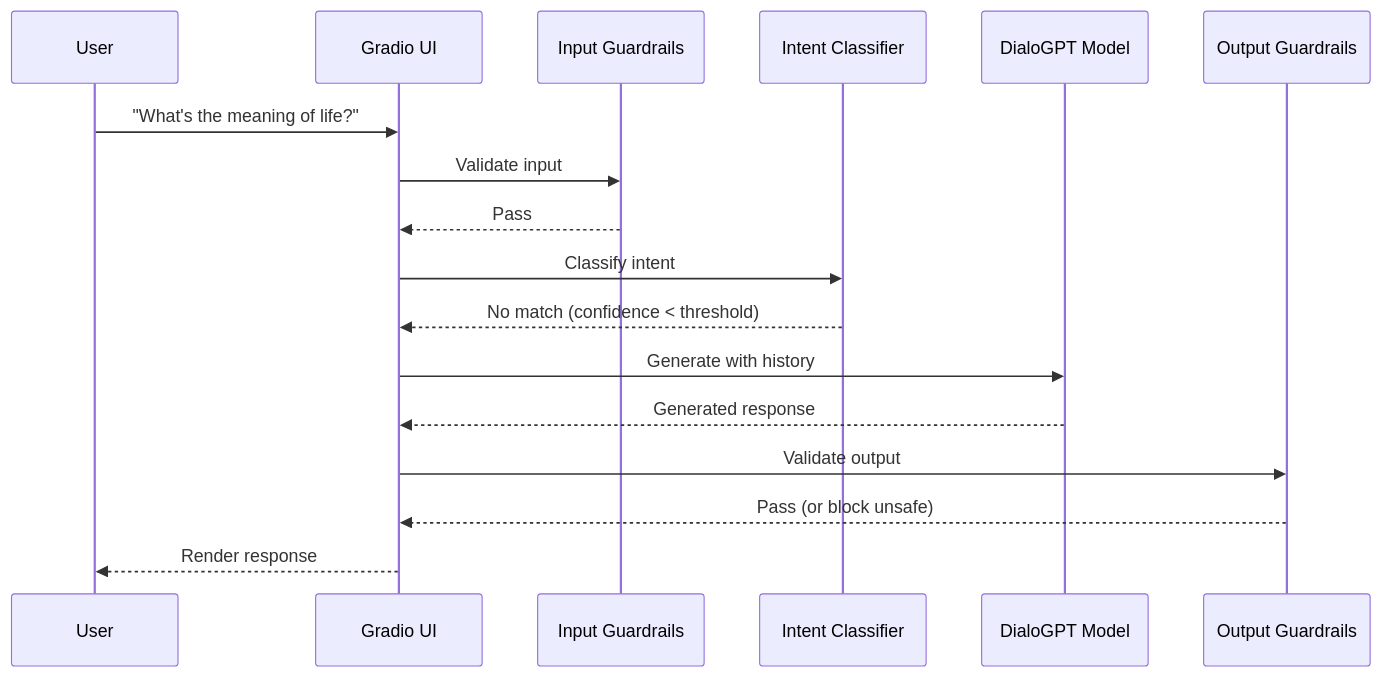
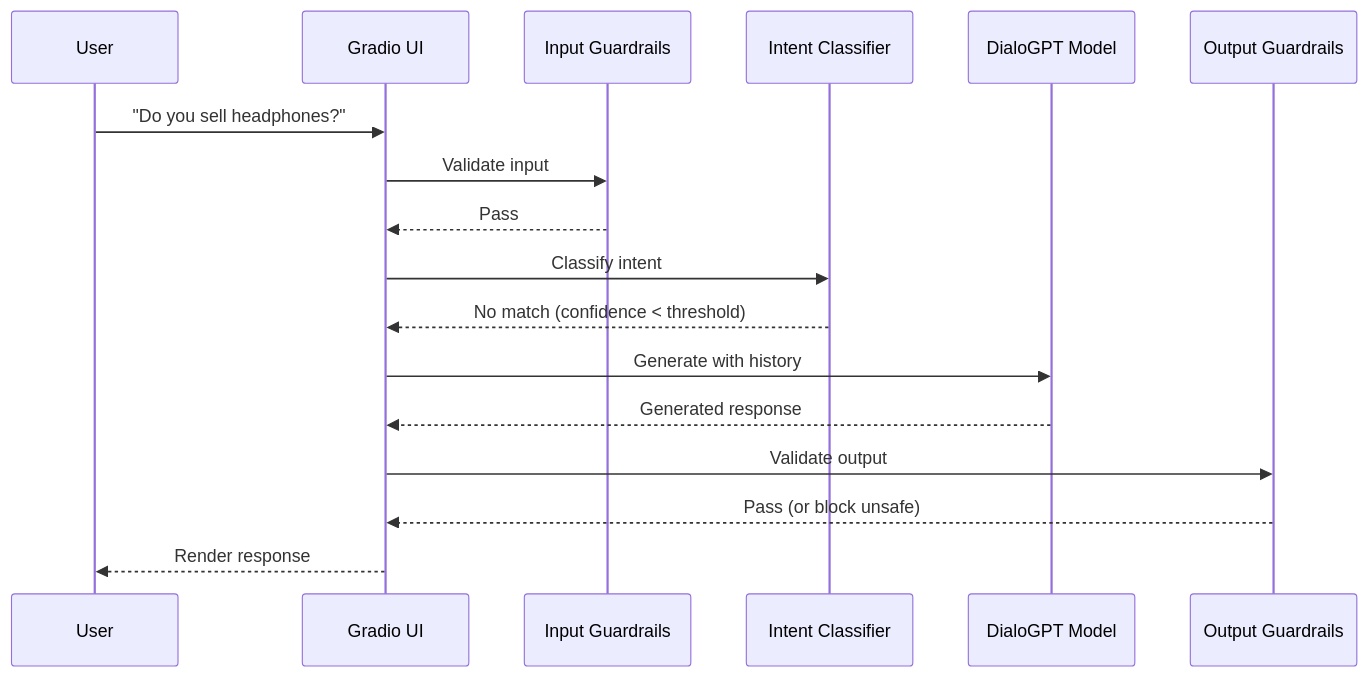
One commit to tukue/conversational-ai-chatbot changed the fourth of 4 diagrams in README.md. Above: the diagram before and after it, drawn with Mermaid. The commit also changed 1 other file, not shown here.

Commit message:
fix: remove unused known_intents variable and whitespace lint errors
- Remove unused known_intents assignment (F841)
- Remove trailing whitespace from blank lines (W293)
- Remove trailing whitespace on keyword list line (W291)
- Replace 'meaning of life' with product question in fallback sequence diagram

````diff
--- a/README.md
+++ b/README.md
@@ -224,20 +224,20 @@
 ```mermaid
 sequenceDiagram
     participant U as User
     participant UI as Gradio UI
     participant IG as Input Guardrails
     participant IC as Intent Classifier
     participant Model as DialoGPT Model
     participant OG as Output Guardrails
 
-    U->>UI: "What's the meaning of life?"
+    U->>UI: "Do you sell headphones?"
     UI->>IG: Validate input
     IG-->>UI: Pass
     UI->>IC: Classify intent
     IC-->>UI: No match (confidence < threshold)
     UI->>Model: Generate with history
     Model-->>UI: Generated response
     UI->>OG: Validate output
     OG-->>UI: Pass (or block unsafe)
     UI-->>U: Render response
 ```
````
